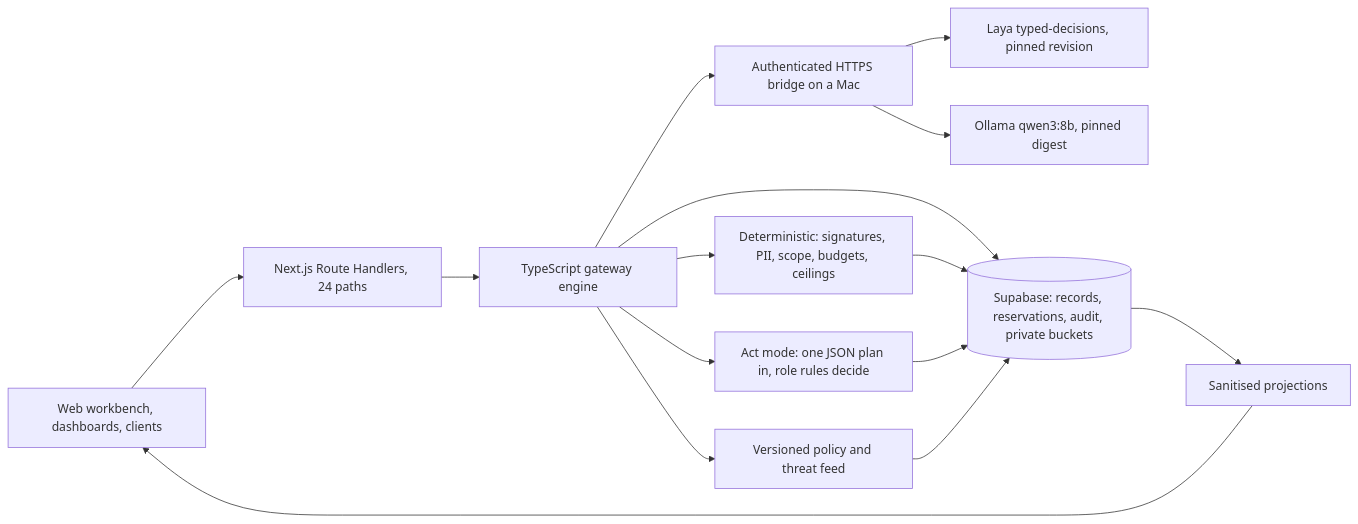
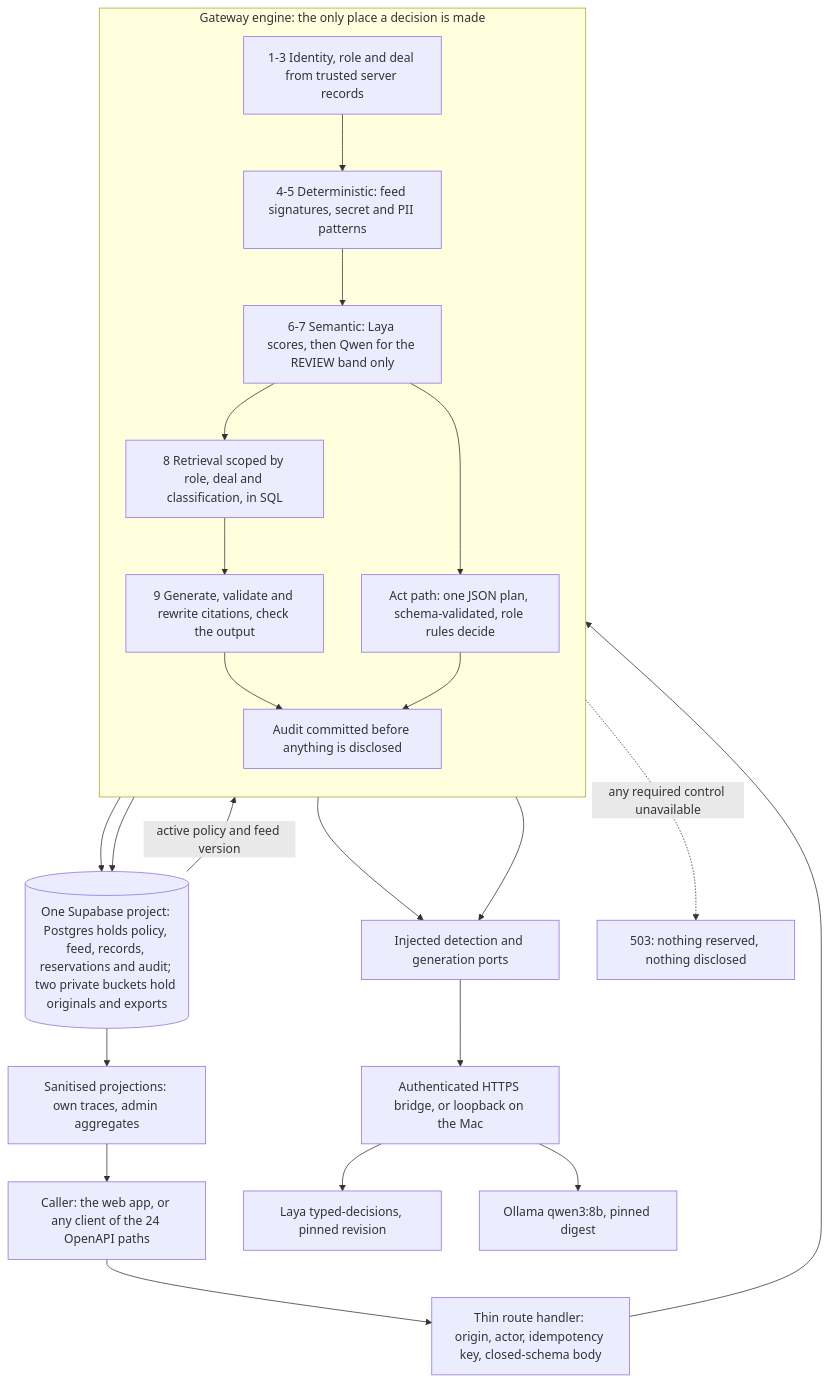
Before and after one commit to Bartek201301/hackyeah-2026: the diagram in README.md, drawn with Mermaid. The commit also changed other lines of this file, not shown here.

First paragraph of the commit message:
docs(readme): correct the architecture diagram and the Laya window claim
Checking the diagram found two claims in the prose that the code does not
support, which matter more than the drawing:

````diff
--- a/README.md
+++ b/README.md
@@ -420,16 +421,33 @@
 ```mermaid
-flowchart LR
-  W[Web workbench, dashboards, clients] --> H[Next.js Route Handlers, 24 paths]
-  H --> G[TypeScript gateway engine]
-  G --> D1[Deterministic: signatures, PII, scope, budgets, ceilings]
-  G --> A[Act mode: one JSON plan in, role rules decide]
-  G --> B[Authenticated HTTPS bridge on a Mac]
-  B --> L[Laya typed-decisions, pinned revision]
-  B --> O[Ollama qwen3:8b, pinned digest]
-  G --> P[Versioned policy and threat feed]
-  G --> S[(Supabase: records, reservations, audit, private buckets)]
-  D1 --> S
-  A --> S
-  P --> S
-  S --> V[Sanitised projections] --> W
+flowchart TB
+  A["Caller: the web app, or any client of the 24 OpenAPI paths"]
+  A --> R["Thin route handler: origin, actor, idempotency key, closed-schema body"]
+  R --> S1
+
+  subgraph E["Gateway engine: the only place a decision is made"]
+    direction TB
+    S1["1-3 Identity, role and deal from trusted server records"]
+    S2["4-5 Deterministic: feed signatures, secret and PII patterns"]
+    S3["6-7 Semantic: Laya scores, then Qwen for the REVIEW band only"]
+    S4["8 Retrieval scoped by role, deal and classification, in SQL"]
+    S5["9 Generate, validate and rewrite citations, check the output"]
+    S6["Audit committed before anything is disclosed"]
+    AC["Act path: one JSON plan, schema-validated, role rules decide"]
+    S1 --> S2 --> S3 --> S4 --> S5 --> S6
+    S3 --> AC --> S6
+  end
+
+  S3 --> M["Injected detection and generation ports"]
+  S5 --> M
+  M --> BR["Authenticated HTTPS bridge, or loopback on the Mac"]
+  BR --> LA["Laya typed-decisions, pinned revision"]
+  BR --> OL["Ollama qwen3:8b, pinned digest"]
+
+  DB[("One Supabase project: Postgres holds policy, feed, records, reservations and audit; two private buckets hold originals and exports")]
+  S6 --> DB
+  S4 --> DB
+  DB -->|"active policy and feed version"| S1
+  DB --> PR["Sanitised projections: own traces, admin aggregates"]
+  PR --> A
+  E -.->|"any required control unavailable"| F["503: nothing reserved, nothing disclosed"]
 ```
````
